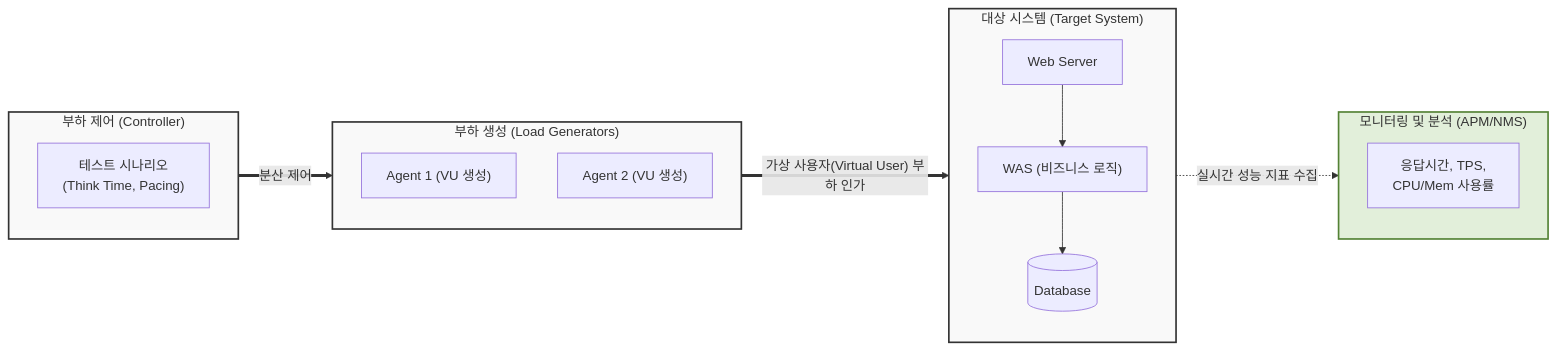
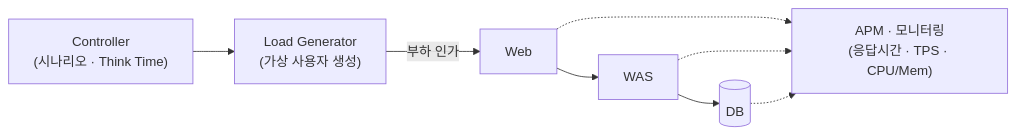
One commit to supremethumb/supremethumb.github.io changed the diagram in content/01_IT Tech/성능 테스트.md. Above: the diagram before and after it, drawn with Mermaid. The commit also changed other lines of this file and 1087 other files, not shown here.

````diff
--- a/content/01_IT Tech/성능 테스트.md
+++ b/content/01_IT Tech/성능 테스트.md
@@ -27,34 +35,10 @@
 ```mermaid
 flowchart LR
-    subgraph Controller ["부하 제어 (Controller)"]
-        Script["테스트 시나리오<br/>(Think Time, Pacing)"]
-    end
-    
-    subgraph Generators ["부하 생성 (Load Generators)"]
-        direction TB
-        LG1["Agent 1 (VU 생성)"]
-        LG2["Agent 2 (VU 생성)"]
-    end
-    
-    subgraph Target ["대상 시스템 (Target System)"]
-        direction TB
-        WEB["Web Server"]
-        WAS["WAS (비즈니스 로직)"]
-        DB[("Database")]
-        WEB --> WAS --> DB
-    end
-    
-    subgraph Monitor ["모니터링 및 분석 (APM/NMS)"]
-        Metric["응답시간, TPS,<br/>CPU/Mem 사용률"]
-    end
-
-    Controller == "분산 제어" ==> Generators
-    Generators == "가상 사용자(Virtual User) 부하 인가" ==> Target
-    Target -. "실시간 성능 지표 수집" .-> Monitor
-    
-    classDef sys fill:#f9f9f9,stroke:#333,stroke-width:2px;
-    classDef mon fill:#e2efda,stroke:#548235,stroke-width:2px;
-    class Controller,Generators,Target sys;
-    class Monitor mon;
-
+    CT["Controller<br/>(시나리오 · Think Time)"] --> LG["Load Generator<br/>(가상 사용자 생성)"]
+    LG -- "부하 인가" --> WEB["Web"]
+    WEB --> WAS["WAS"]
+    WAS --> DB[("DB")]
+    WEB -.-> MON["APM · 모니터링<br/>(응답시간 · TPS · CPU/Mem)"]
+    WAS -.-> MON
+    DB -.-> MON
 ```
````
